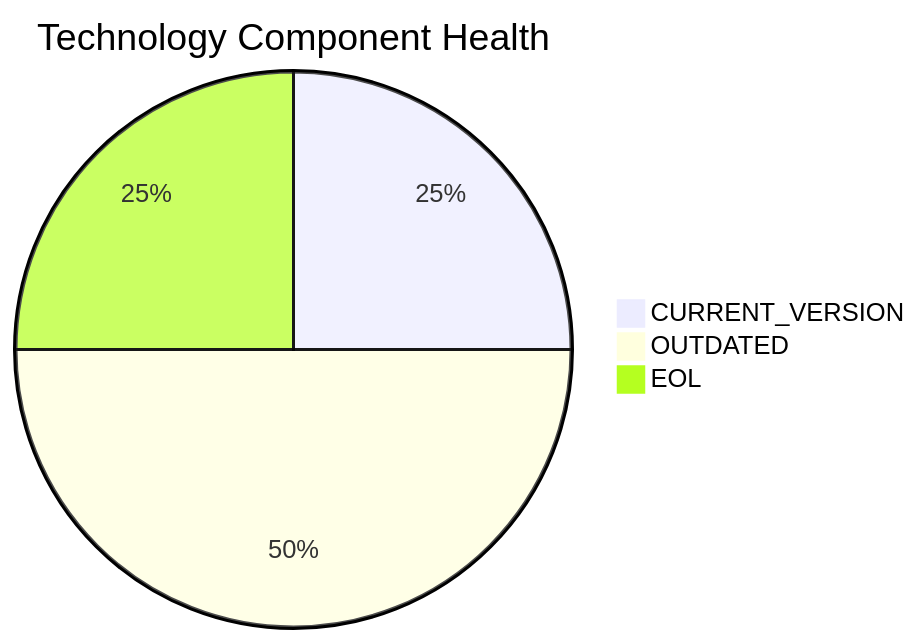
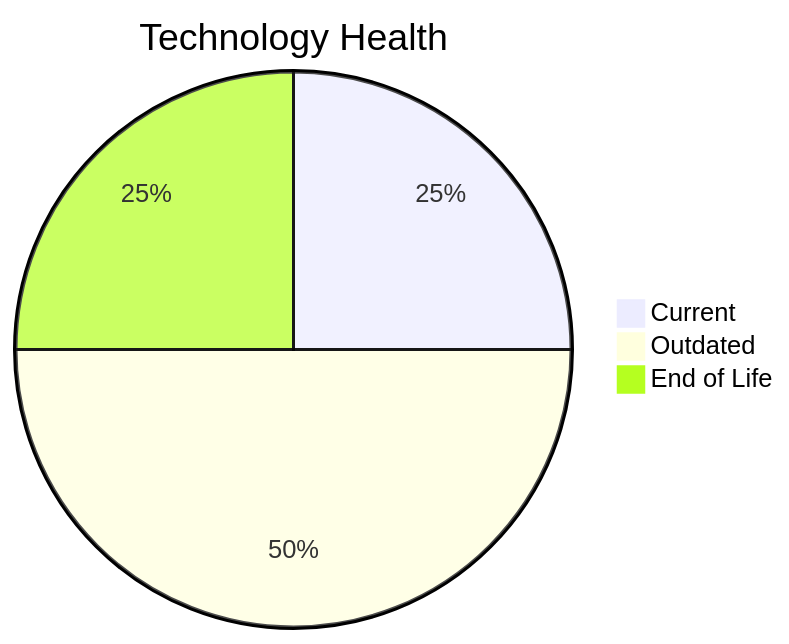
The diagram in discover/output/reports/apps/app006.md (ktruchcz/copilot-test-ktruchcz), drawn with Mermaid before and after one commit. The commit also changed other lines of this file and 227 other files, not shown here.

````diff
--- a/discover/output/reports/apps/app006.md
+++ b/discover/output/reports/apps/app006.md
@@ -38,6 +32,6 @@
 ```mermaid
-pie title Technology Component Health
-    "CURRENT_VERSION" : 1
-    "OUTDATED" : 2
-    "EOL" : 1
+pie title Technology Health
+    "Current" : 1
+    "Outdated" : 2
+    "End of Life" : 1
 ```
````
